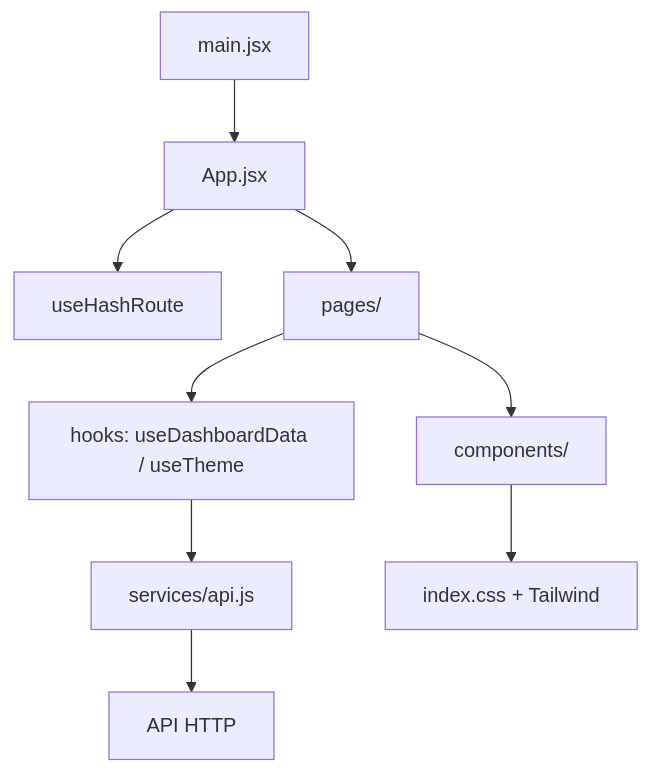
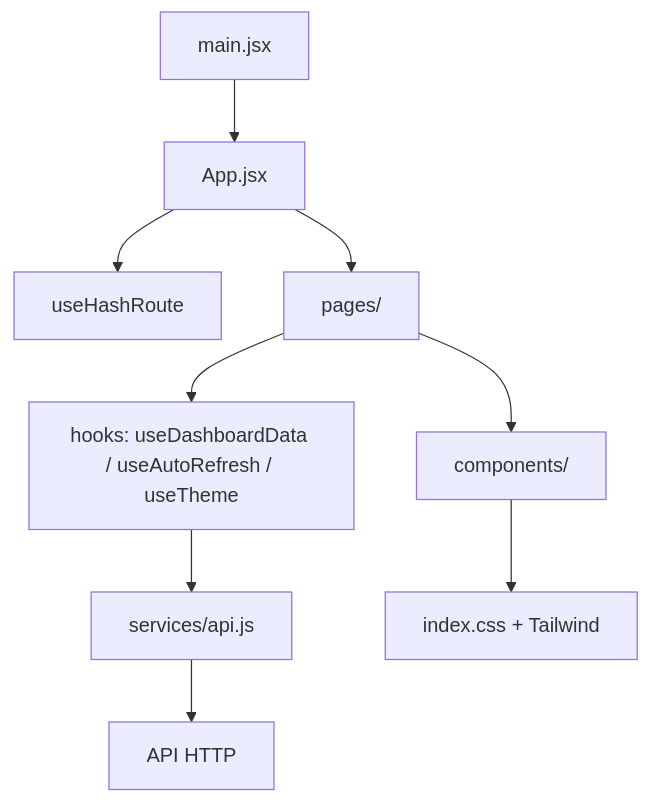
The diagram in FrontEnd/docs/ARQUITETURA.md (CarlosEduardoLemos/TimeTracker-2026-2), drawn with Mermaid before and after one commit. The commit also changed other lines of this file and 15 other files, not shown here.

````diff
--- a/FrontEnd/docs/ARQUITETURA.md
+++ b/FrontEnd/docs/ARQUITETURA.md
@@ -5,11 +5,11 @@
 ```mermaid
 flowchart TB
   M[main.jsx] --> A[App.jsx]
   A --> R[useHashRoute]
   A --> P[pages/]
   P --> C[components/]
-  P --> H[hooks: useDashboardData / useTheme]
+  P --> H[hooks: useDashboardData / useAutoRefresh / useTheme]
   H --> S[services/api.js]
   S --> API[API HTTP]
   C --> CSS[index.css + Tailwind]
 ```
````
